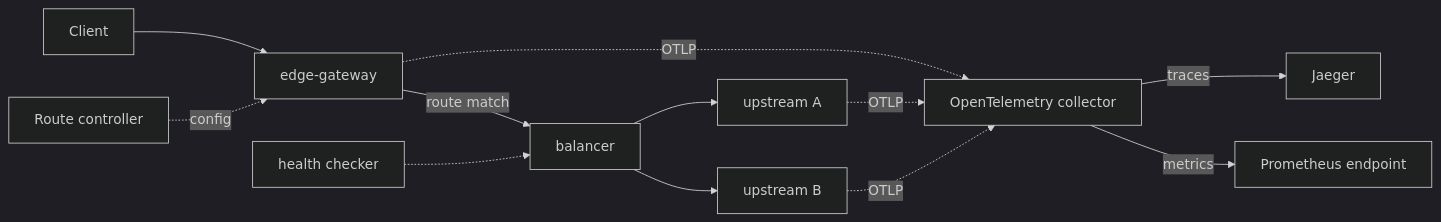
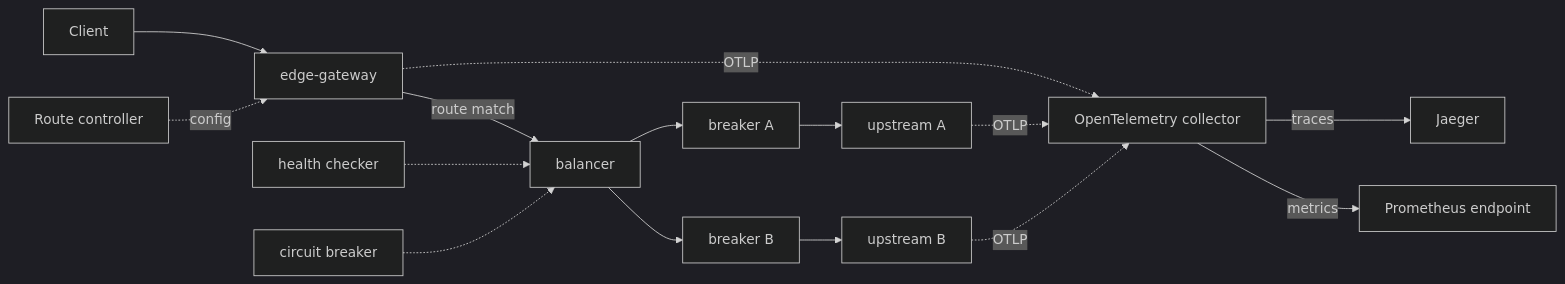
Before and after one commit to skhurram/gateway: the diagram in README.md, drawn with Mermaid (dark theme). The commit also changed other lines of this file and 44 other files, not shown here.

Commit message:
Week 4: circuit breaker and Terraform

````diff
--- a/README.md
+++ b/README.md
@@ -26,14 +26,17 @@
 ```mermaid
 flowchart LR
     Client --> GW[edge-gateway]
     GW -->|route match| LB[balancer]
-    LB --> U1[upstream A]
-    LB --> U2[upstream B]
+    LB --> CB1[breaker A]
+    LB --> CB2[breaker B]
+    CB1 --> U1[upstream A]
+    CB2 --> U2[upstream B]
     HC[health checker] -.-> LB
+    CB[circuit breaker] -.-> LB
     CTRL[Route controller] -.->|config| GW
     GW -.->|OTLP| OTEL[OpenTelemetry collector]
     U1 -.->|OTLP| OTEL
     U2 -.->|OTLP| OTEL
     OTEL -->|traces| J[Jaeger]
     OTEL -->|metrics| P[Prometheus endpoint]
 ```
````
